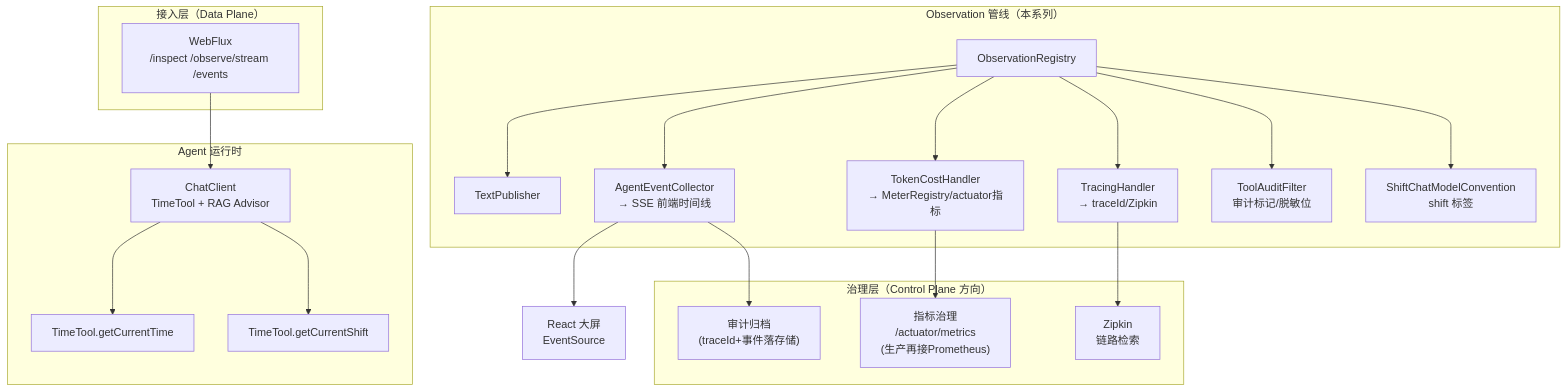
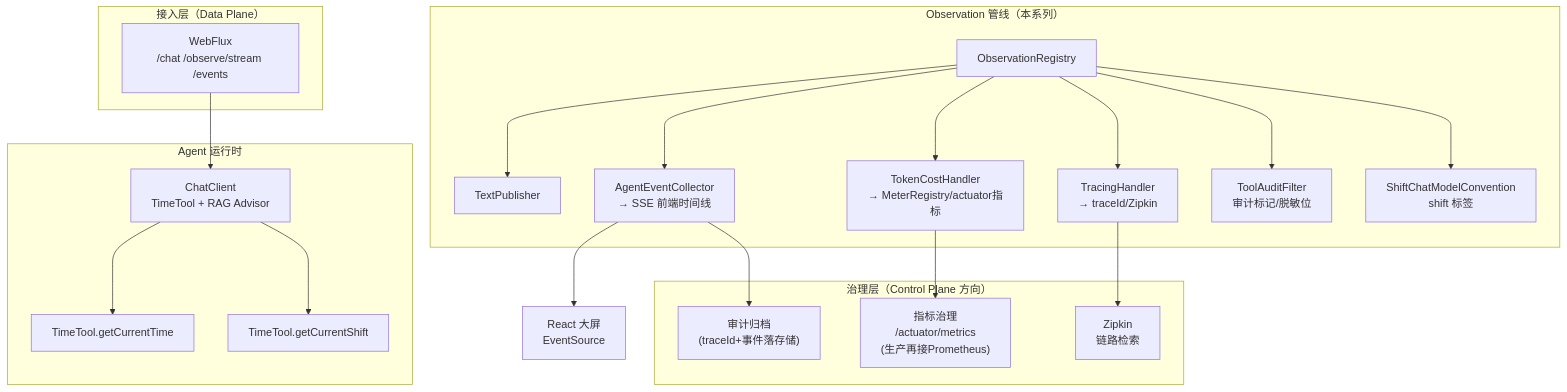
The first of 2 diagrams in docs/教程/05-Observation可观测/12-综合实战：工业巡检Agent可观测闭环.md (UranusGit/java-agent-learn), drawn with Mermaid before and after one commit. The commit also changed other lines of this file and 12 other files, not shown here.

````diff
--- a/docs/教程/05-Observation可观测/12-综合实战：工业巡检Agent可观测闭环.md
+++ b/docs/教程/05-Observation可观测/12-综合实战：工业巡检Agent可观测闭环.md
@@ -17,31 +17,31 @@
 ```mermaid
 graph TB
     subgraph 接入层["接入层（Data Plane）"]
-        HTTP["WebFlux<br/>/inspect /observe/stream /events"]
+        HTTP["WebFlux<br/>/chat /observe/stream /events"]
     end
     subgraph Agent层["Agent 运行时"]
         CC["ChatClient<br/>TimeTool + RAG Advisor"]
         T0["TimeTool.getCurrentTime"]
         T1["TimeTool.getCurrentShift"]
         CC --> T0 & T1
     end
     subgraph 观测管线["Observation 管线（本系列）"]
         R["ObservationRegistry"]
         R --> H1["TextPublisher"]
         R --> H2["AgentEventCollector<br/>→ SSE 前端时间线"]
         R --> H3["TokenCostHandler<br/>→ MeterRegistry/actuator指标"]
         R --> H4["TracingHandler<br/>→ traceId/Zipkin"]
         R --> F["ToolAuditFilter<br/>审计标记/脱敏位"]
         R --> CV["ShiftChatModelConvention<br/>shift 标签"]
     end
     subgraph 治理层["治理层（Control Plane 方向）"]
         G["指标治理<br/>/actuator/metrics<br/>(生产再接Prometheus)"]
         Z["Zipkin<br/>链路检索"]
         A["审计归档<br/>(traceId+事件落存储)"]
     end
     HTTP --> CC
     H2 --> FE["React 大屏<br/>EventSource"]
     H3 --> G
     H4 --> Z
     H2 --> A
 ```
````
